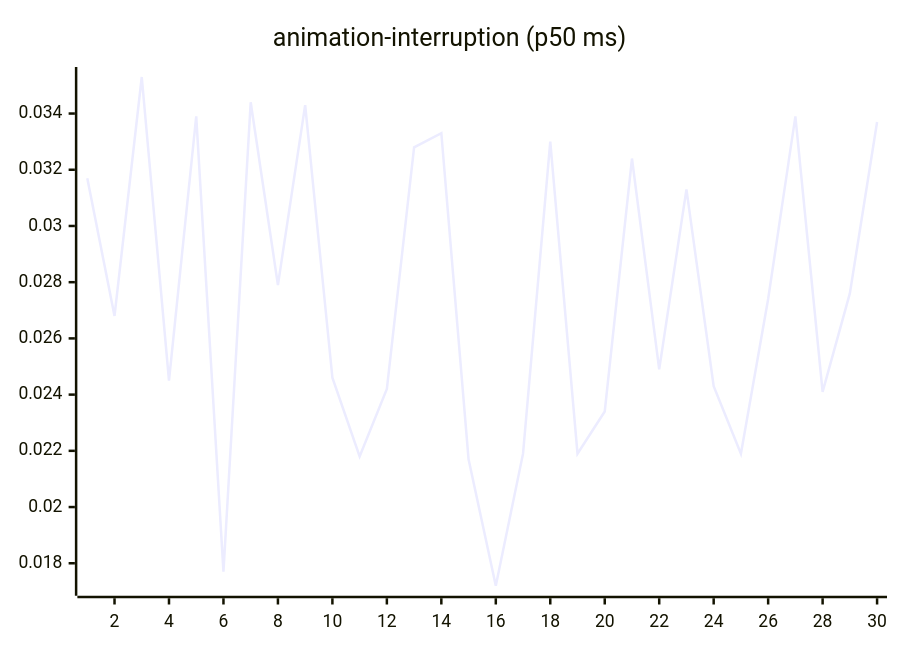
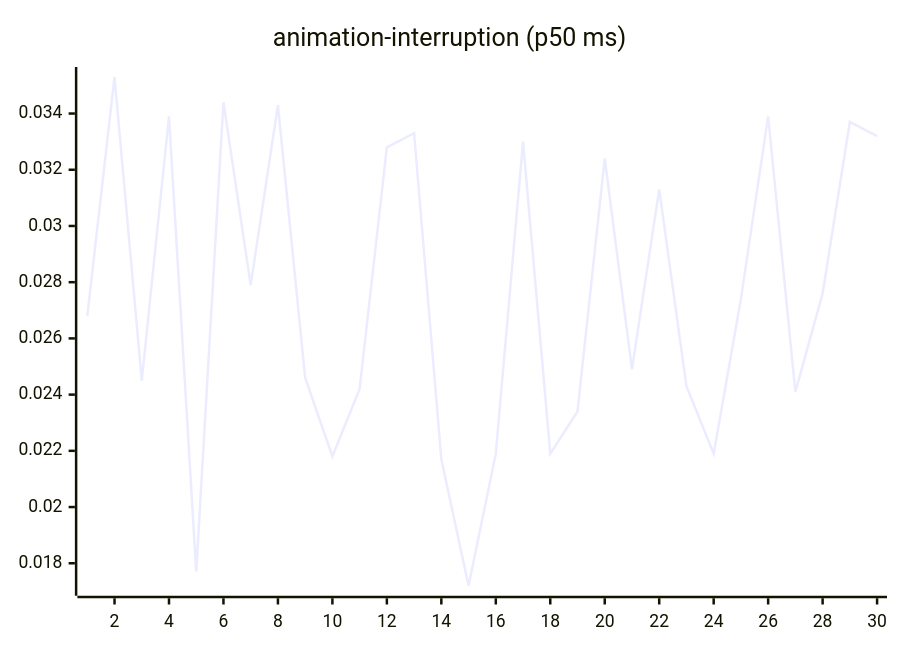
Before and after one commit to josha/Facet: the third of 27 diagrams in README.md, drawn with Mermaid. The commit also changed other lines of this file and 2 other files, not shown here.

````diff
--- a/README.md
+++ b/README.md
@@ -77,6 +77,6 @@
 ```mermaid
 xychart-beta
     title "animation-interruption (p50 ms)"
     x-axis 1 --> 30
-    line [0.0317, 0.0268, 0.0353, 0.0245, 0.0339, 0.0177, 0.0344, 0.0279, 0.0343, 0.0246, 0.0218, 0.0242, 0.0328, 0.0333, 0.0217, 0.0172, 0.0219, 0.0330, 0.0219, 0.0234, 0.0324, 0.0249, 0.0313, 0.0243, 0.0219, 0.0274, 0.0339, 0.0241, 0.0276, 0.0337]
+    line [0.0268, 0.0353, 0.0245, 0.0339, 0.0177, 0.0344, 0.0279, 0.0343, 0.0246, 0.0218, 0.0242, 0.0328, 0.0333, 0.0217, 0.0172, 0.0219, 0.0330, 0.0219, 0.0234, 0.0324, 0.0249, 0.0313, 0.0243, 0.0219, 0.0274, 0.0339, 0.0241, 0.0276, 0.0337, 0.0332]
 ```
````
